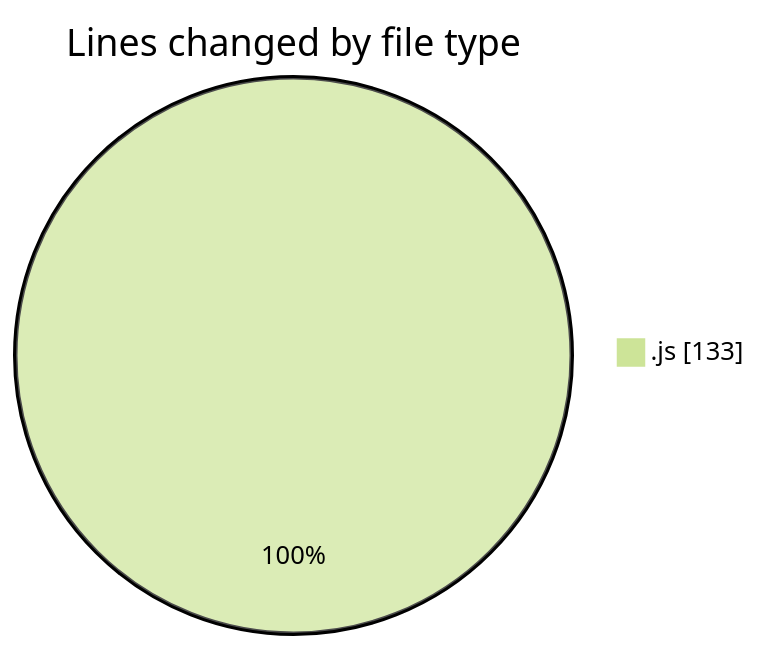
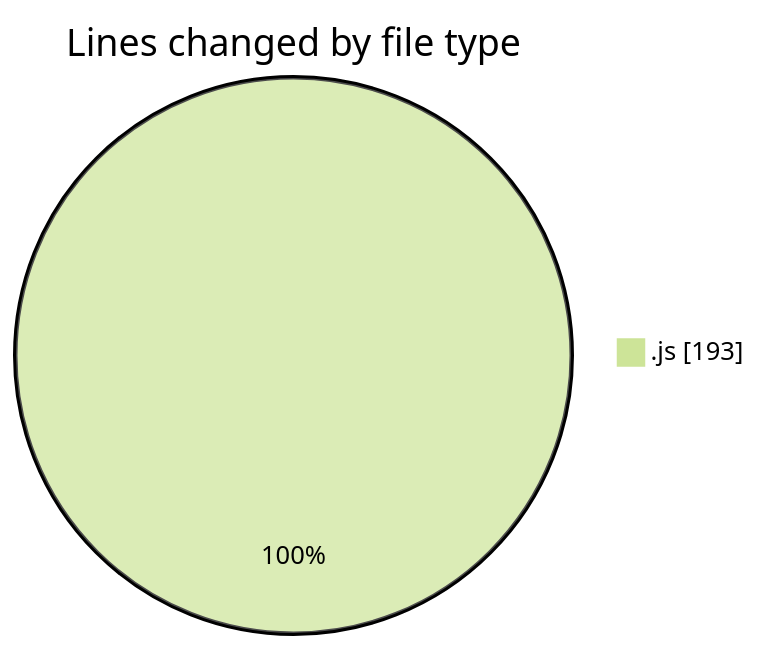
Before and after one commit to Ritupan-Deka/code-tracking: the first of 2 diagrams in 2025-07-20/reactphpmysql/README.md, drawn with Mermaid (forest theme). The commit also changed other lines of this file and 1 other file, not shown here.

````diff
--- a/2025-07-20/reactphpmysql/README.md
+++ b/2025-07-20/reactphpmysql/README.md
@@ -24,5 +24,5 @@
 ```mermaid
 pie showData
 title Lines changed by file type
-".js" : 133
+".js" : 193
 ```
````
